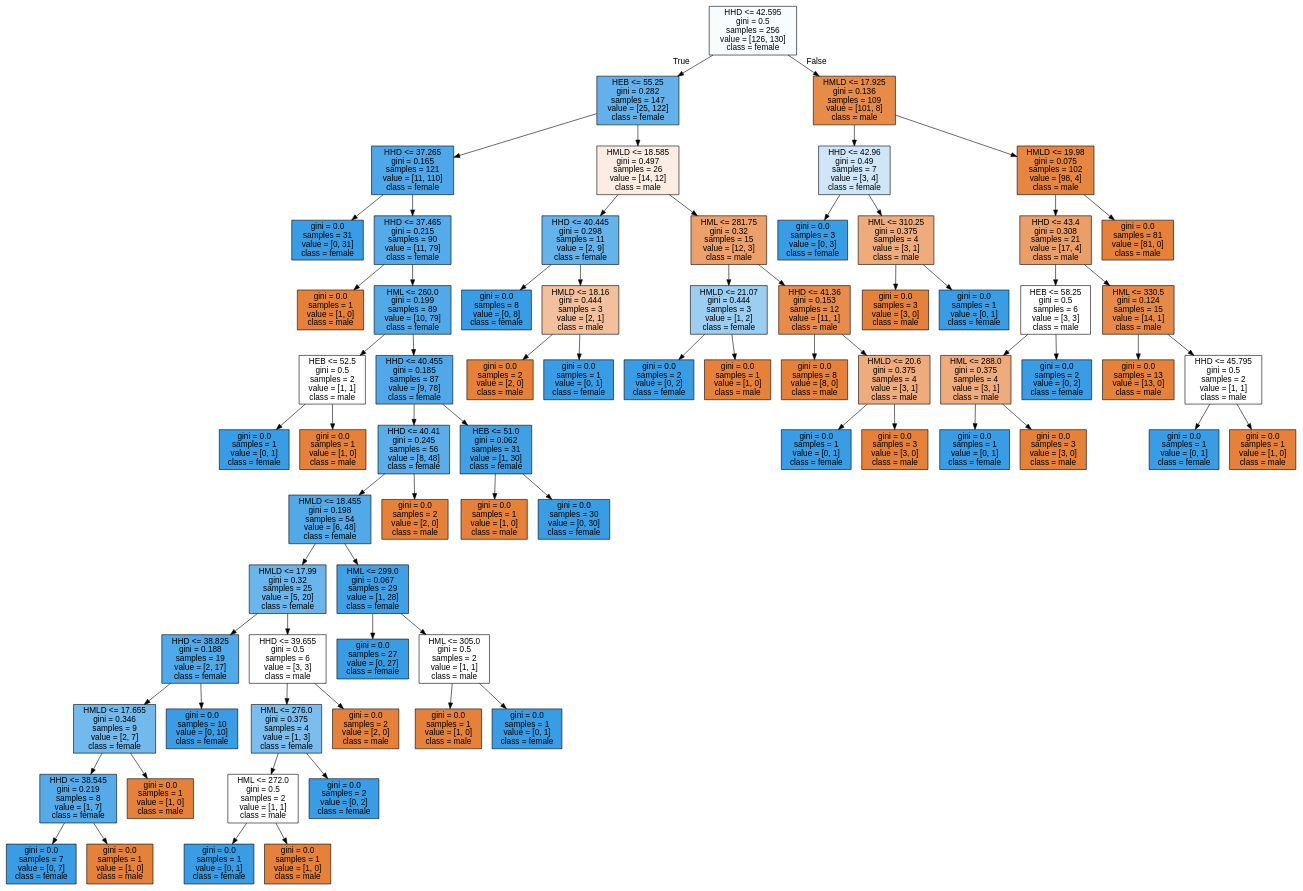
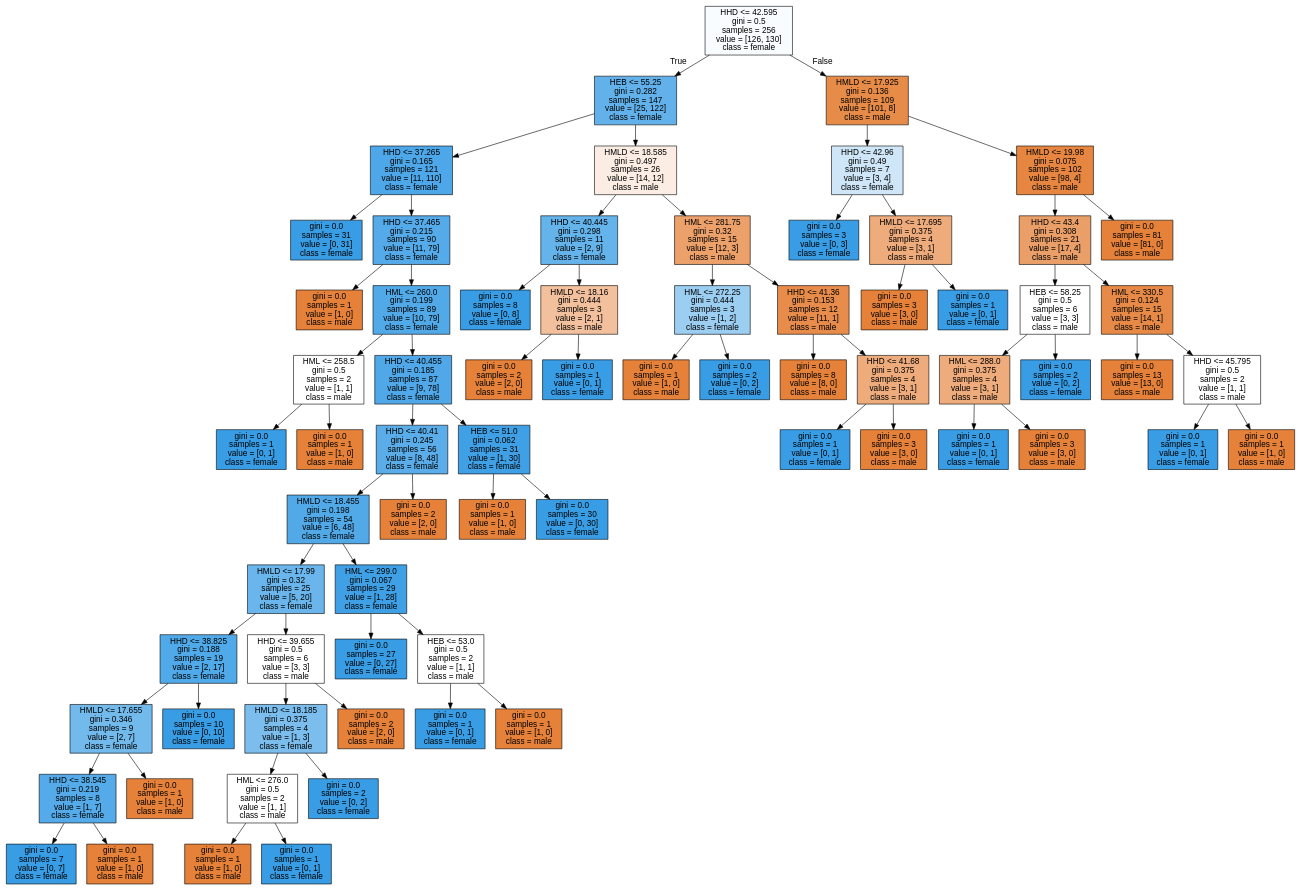
The diagram in data/decision_trees/tree_sex_humerus.dot (AndreeaBolonyi/ReconstituiriIstorice), drawn with Graphviz before and after one commit. The commit also changed 15 other files, not shown here.

```diff
--- a/data/decision_trees/tree_sex_humerus.dot
+++ b/data/decision_trees/tree_sex_humerus.dot
@@ -1,145 +1,145 @@
 digraph Tree {
 node [shape=box, style="filled", color="black", fontname="helvetica"] ;
 edge [fontname="helvetica"] ;
 0 [label="HHD <= 42.595\ngini = 0.5\nsamples = 256\nvalue = [126, 130]\nclass = female", fillcolor="#f9fcfe"] ;
 1 [label="HEB <= 55.25\ngini = 0.282\nsamples = 147\nvalue = [25, 122]\nclass = female", fillcolor="#62b1ea"] ;
 0 -> 1 [labeldistance=2.5, labelangle=45, headlabel="True"] ;
 2 [label="HHD <= 37.265\ngini = 0.165\nsamples = 121\nvalue = [11, 110]\nclass = female", fillcolor="#4da7e8"] ;
 1 -> 2 ;
 3 [label="gini = 0.0\nsamples = 31\nvalue = [0, 31]\nclass = female", fillcolor="#399de5"] ;
 2 -> 3 ;
 4 [label="HHD <= 37.465\ngini = 0.215\nsamples = 90\nvalue = [11, 79]\nclass = female", fillcolor="#55abe9"] ;
 2 -> 4 ;
 5 [label="gini = 0.0\nsamples = 1\nvalue = [1, 0]\nclass = male", fillcolor="#e58139"] ;
 4 -> 5 ;
 6 [label="HML <= 260.0\ngini = 0.199\nsamples = 89\nvalue = [10, 79]\nclass = female", fillcolor="#52a9e8"] ;
 4 -> 6 ;
-7 [label="HEB <= 52.5\ngini = 0.5\nsamples = 2\nvalue = [1, 1]\nclass = male", fillcolor="#ffffff"] ;
+7 [label="HML <= 258.5\ngini = 0.5\nsamples = 2\nvalue = [1, 1]\nclass = male", fillcolor="#ffffff"] ;
 6 -> 7 ;
 8 [label="gini = 0.0\nsamples = 1\nvalue = [0, 1]\nclass = female", fillcolor="#399de5"] ;
 7 -> 8 ;
 9 [label="gini = 0.0\nsamples = 1\nvalue = [1, 0]\nclass = male", fillcolor="#e58139"] ;
 7 -> 9 ;
 10 [label="HHD <= 40.455\ngini = 0.185\nsamples = 87\nvalue = [9, 78]\nclass = female", fillcolor="#50a8e8"] ;
 6 -> 10 ;
 11 [label="HHD <= 40.41\ngini = 0.245\nsamples = 56\nvalue = [8, 48]\nclass = female", fillcolor="#5aade9"] ;
 10 -> 11 ;
 12 [label="HMLD <= 18.455\ngini = 0.198\nsamples = 54\nvalue = [6, 48]\nclass = female", fillcolor="#52a9e8"] ;
 11 -> 12 ;
 13 [label="HMLD <= 17.99\ngini = 0.32\nsamples = 25\nvalue = [5, 20]\nclass = female", fillcolor="#6ab6ec"] ;
 12 -> 13 ;
 14 [label="HHD <= 38.825\ngini = 0.188\nsamples = 19\nvalue = [2, 17]\nclass = female", fillcolor="#50a9e8"] ;
 13 -> 14 ;
 15 [label="HMLD <= 17.655\ngini = 0.346\nsamples = 9\nvalue = [2, 7]\nclass = female", fillcolor="#72b9ec"] ;
 14 -> 15 ;
 16 [label="HHD <= 38.545\ngini = 0.219\nsamples = 8\nvalue = [1, 7]\nclass = female", fillcolor="#55abe9"] ;
 15 -> 16 ;
 17 [label="gini = 0.0\nsamples = 7\nvalue = [0, 7]\nclass = female", fillcolor="#399de5"] ;
 16 -> 17 ;
 18 [label="gini = 0.0\nsamples = 1\nvalue = [1, 0]\nclass = male", fillcolor="#e58139"] ;
 16 -> 18 ;
 19 [label="gini = 0.0\nsamples = 1\nvalue = [1, 0]\nclass = male", fillcolor="#e58139"] ;
 15 -> 19 ;
 20 [label="gini = 0.0\nsamples = 10\nvalue = [0, 10]\nclass = female", fillcolor="#399de5"] ;
 14 -> 20 ;
 21 [label="HHD <= 39.655\ngini = 0.5\nsamples = 6\nvalue = [3, 3]\nclass = male", fillcolor="#ffffff"] ;
 13 -> 21 ;
-22 [label="HML <= 276.0\ngini = 0.375\nsamples = 4\nvalue = [1, 3]\nclass = female", fillcolor="#7bbeee"] ;
+22 [label="HMLD <= 18.185\ngini = 0.375\nsamples = 4\nvalue = [1, 3]\nclass = female", fillcolor="#7bbeee"] ;
 21 -> 22 ;
-23 [label="HML <= 272.0\ngini = 0.5\nsamples = 2\nvalue = [1, 1]\nclass = male", fillcolor="#ffffff"] ;
+23 [label="HML <= 276.0\ngini = 0.5\nsamples = 2\nvalue = [1, 1]\nclass = male", fillcolor="#ffffff"] ;
 22 -> 23 ;
-24 [label="gini = 0.0\nsamples = 1\nvalue = [0, 1]\nclass = female", fillcolor="#399de5"] ;
+24 [label="gini = 0.0\nsamples = 1\nvalue = [1, 0]\nclass = male", fillcolor="#e58139"] ;
 23 -> 24 ;
-25 [label="gini = 0.0\nsamples = 1\nvalue = [1, 0]\nclass = male", fillcolor="#e58139"] ;
+25 [label="gini = 0.0\nsamples = 1\nvalue = [0, 1]\nclass = female", fillcolor="#399de5"] ;
 23 -> 25 ;
 26 [label="gini = 0.0\nsamples = 2\nvalue = [0, 2]\nclass = female", fillcolor="#399de5"] ;
 22 -> 26 ;
 27 [label="gini = 0.0\nsamples = 2\nvalue = [2, 0]\nclass = male", fillcolor="#e58139"] ;
 21 -> 27 ;
 28 [label="HML <= 299.0\ngini = 0.067\nsamples = 29\nvalue = [1, 28]\nclass = female", fillcolor="#40a0e6"] ;
 12 -> 28 ;
 29 [label="gini = 0.0\nsamples = 27\nvalue = [0, 27]\nclass = female", fillcolor="#399de5"] ;
 28 -> 29 ;
-30 [label="HML <= 305.0\ngini = 0.5\nsamples = 2\nvalue = [1, 1]\nclass = male", fillcolor="#ffffff"] ;
+30 [label="HEB <= 53.0\ngini = 0.5\nsamples = 2\nvalue = [1, 1]\nclass = male", fillcolor="#ffffff"] ;
 28 -> 30 ;
-31 [label="gini = 0.0\nsamples = 1\nvalue = [1, 0]\nclass = male", fillcolor="#e58139"] ;
+31 [label="gini = 0.0\nsamples = 1\nvalue = [0, 1]\nclass = female", fillcolor="#399de5"] ;
 30 -> 31 ;
-32 [label="gini = 0.0\nsamples = 1\nvalue = [0, 1]\nclass = female", fillcolor="#399de5"] ;
+32 [label="gini = 0.0\nsamples = 1\nvalue = [1, 0]\nclass = male", fillcolor="#e58139"] ;
 30 -> 32 ;
 33 [label="gini = 0.0\nsamples = 2\nvalue = [2, 0]\nclass = male", fillcolor="#e58139"] ;
 11 -> 33 ;
 34 [label="HEB <= 51.0\ngini = 0.062\nsamples = 31\nvalue = [1, 30]\nclass = female", fillcolor="#40a0e6"] ;
 10 -> 34 ;
 35 [label="gini = 0.0\nsamples = 1\nvalue = [1, 0]\nclass = male", fillcolor="#e58139"] ;
 34 -> 35 ;
 36 [label="gini = 0.0\nsamples = 30\nvalue = [0, 30]\nclass = female", fillcolor="#399de5"] ;
 34 -> 36 ;
 37 [label="HMLD <= 18.585\ngini = 0.497\nsamples = 26\nvalue = [14, 12]\nclass = male", fillcolor="#fbede3"] ;
 1 -> 37 ;
 38 [label="HHD <= 40.445\ngini = 0.298\nsamples = 11\nvalue = [2, 9]\nclass = female", fillcolor="#65b3eb"] ;
 37 -> 38 ;
 39 [label="gini = 0.0\nsamples = 8\nvalue = [0, 8]\nclass = female", fillcolor="#399de5"] ;
 38 -> 39 ;
 40 [label="HMLD <= 18.16\ngini = 0.444\nsamples = 3\nvalue = [2, 1]\nclass = male", fillcolor="#f2c09c"] ;
 38 -> 40 ;
 41 [label="gini = 0.0\nsamples = 2\nvalue = [2, 0]\nclass = male", fillcolor="#e58139"] ;
 40 -> 41 ;
 42 [label="gini = 0.0\nsamples = 1\nvalue = [0, 1]\nclass = female", fillcolor="#399de5"] ;
 40 -> 42 ;
 43 [label="HML <= 281.75\ngini = 0.32\nsamples = 15\nvalue = [12, 3]\nclass = male", fillcolor="#eca06a"] ;
 37 -> 43 ;
-44 [label="HMLD <= 21.07\ngini = 0.444\nsamples = 3\nvalue = [1, 2]\nclass = female", fillcolor="#9ccef2"] ;
+44 [label="HML <= 272.25\ngini = 0.444\nsamples = 3\nvalue = [1, 2]\nclass = female", fillcolor="#9ccef2"] ;
 43 -> 44 ;
-45 [label="gini = 0.0\nsamples = 2\nvalue = [0, 2]\nclass = female", fillcolor="#399de5"] ;
+45 [label="gini = 0.0\nsamples = 1\nvalue = [1, 0]\nclass = male", fillcolor="#e58139"] ;
 44 -> 45 ;
-46 [label="gini = 0.0\nsamples = 1\nvalue = [1, 0]\nclass = male", fillcolor="#e58139"] ;
+46 [label="gini = 0.0\nsamples = 2\nvalue = [0, 2]\nclass = female", fillcolor="#399de5"] ;
 44 -> 46 ;
 47 [label="HHD <= 41.36\ngini = 0.153\nsamples = 12\nvalue = [11, 1]\nclass = male", fillcolor="#e78c4b"] ;
 43 -> 47 ;
 48 [label="gini = 0.0\nsamples = 8\nvalue = [8, 0]\nclass = male", fillcolor="#e58139"] ;
 47 -> 48 ;
-49 [label="HMLD <= 20.6\ngini = 0.375\nsamples = 4\nvalue = [3, 1]\nclass = male", fillcolor="#eeab7b"] ;
+49 [label="HHD <= 41.68\ngini = 0.375\nsamples = 4\nvalue = [3, 1]\nclass = male", fillcolor="#eeab7b"] ;
 47 -> 49 ;
 50 [label="gini = 0.0\nsamples = 1\nvalue = [0, 1]\nclass = female", fillcolor="#399de5"] ;
 49 -> 50 ;
 51 [label="gini = 0.0\nsamples = 3\nvalue = [3, 0]\nclass = male", fillcolor="#e58139"] ;
 49 -> 51 ;
 52 [label="HMLD <= 17.925\ngini = 0.136\nsamples = 109\nvalue = [101, 8]\nclass = male", fillcolor="#e78b49"] ;
 0 -> 52 [labeldistance=2.5, labelangle=-45, headlabel="False"] ;
 53 [label="HHD <= 42.96\ngini = 0.49\nsamples = 7\nvalue = [3, 4]\nclass = female", fillcolor="#cee6f8"] ;
 52 -> 53 ;
 54 [label="gini = 0.0\nsamples = 3\nvalue = [0, 3]\nclass = female", fillcolor="#399de5"] ;
 53 -> 54 ;
-55 [label="HML <= 310.25\ngini = 0.375\nsamples = 4\nvalue = [3, 1]\nclass = male", fillcolor="#eeab7b"] ;
+55 [label="HMLD <= 17.695\ngini = 0.375\nsamples = 4\nvalue = [3, 1]\nclass = male", fillcolor="#eeab7b"] ;
 53 -> 55 ;
 56 [label="gini = 0.0\nsamples = 3\nvalue = [3, 0]\nclass = male", fillcolor="#e58139"] ;
 55 -> 56 ;
 57 [label="gini = 0.0\nsamples = 1\nvalue = [0, 1]\nclass = female", fillcolor="#399de5"] ;
 55 -> 57 ;
 58 [label="HMLD <= 19.98\ngini = 0.075\nsamples = 102\nvalue = [98, 4]\nclass = male", fillcolor="#e68641"] ;
 52 -> 58 ;
 59 [label="HHD <= 43.4\ngini = 0.308\nsamples = 21\nvalue = [17, 4]\nclass = male", fillcolor="#eb9f68"] ;
 58 -> 59 ;
 60 [label="HEB <= 58.25\ngini = 0.5\nsamples = 6\nvalue = [3, 3]\nclass = male", fillcolor="#ffffff"] ;
 59 -> 60 ;
 61 [label="HML <= 288.0\ngini = 0.375\nsamples = 4\nvalue = [3, 1]\nclass = male", fillcolor="#eeab7b"] ;
 60 -> 61 ;
 62 [label="gini = 0.0\nsamples = 1\nvalue = [0, 1]\nclass = female", fillcolor="#399de5"] ;
 61 -> 62 ;
 63 [label="gini = 0.0\nsamples = 3\nvalue = [3, 0]\nclass = male", fillcolor="#e58139"] ;
 61 -> 63 ;
 64 [label="gini = 0.0\nsamples = 2\nvalue = [0, 2]\nclass = female", fillcolor="#399de5"] ;
 60 -> 64 ;
 65 [label="HML <= 330.5\ngini = 0.124\nsamples = 15\nvalue = [14, 1]\nclass = male", fillcolor="#e78a47"] ;
 59 -> 65 ;
 66 [label="gini = 0.0\nsamples = 13\nvalue = [13, 0]\nclass = male", fillcolor="#e58139"] ;
 65 -> 66 ;
 67 [label="HHD <= 45.795\ngini = 0.5\nsamples = 2\nvalue = [1, 1]\nclass = male", fillcolor="#ffffff"] ;
 65 -> 67 ;
 68 [label="gini = 0.0\nsamples = 1\nvalue = [0, 1]\nclass = female", fillcolor="#399de5"] ;
 67 -> 68 ;
 69 [label="gini = 0.0\nsamples = 1\nvalue = [1, 0]\nclass = male", fillcolor="#e58139"] ;
 67 -> 69 ;
 70 [label="gini = 0.0\nsamples = 81\nvalue = [81, 0]\nclass = male", fillcolor="#e58139"] ;
 58 -> 70 ;
 }
```
